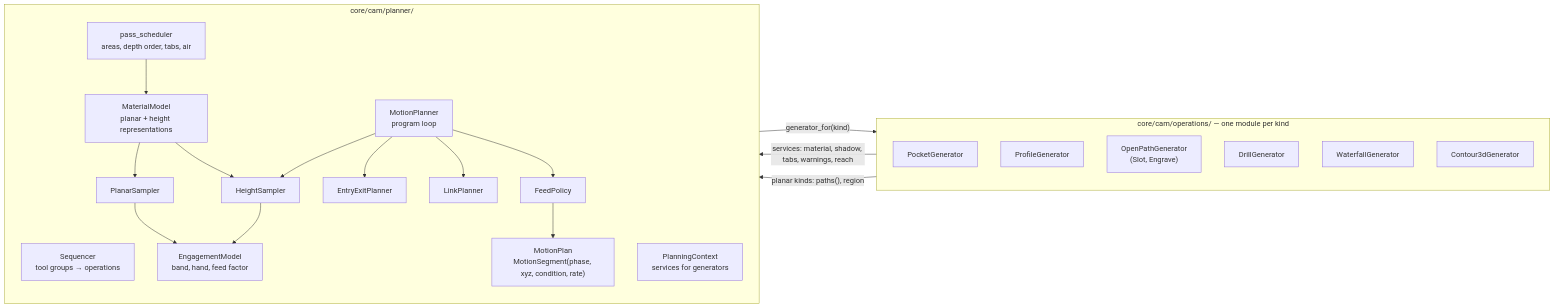
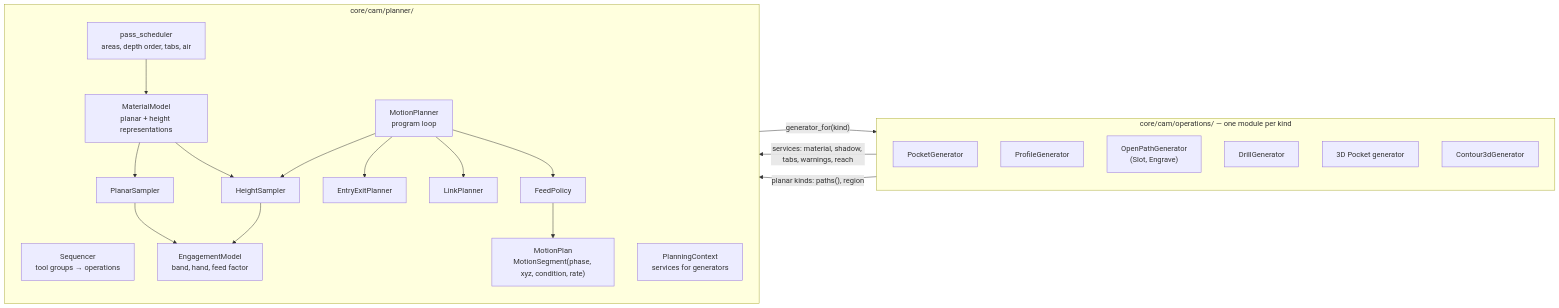
Before and after one commit to Switchleg1/GCodeProducer: the second of 2 diagrams in docs/cam/architecture.md, drawn with Mermaid. The commit also changed other lines of this file and 58 other files, not shown here.

````diff
--- a/docs/cam/architecture.md
+++ b/docs/cam/architecture.md
@@ -45,38 +45,38 @@
 ```mermaid
 flowchart LR
     subgraph OPS["core/cam/operations/ — one module per kind"]
         direction TB
         PK["PocketGenerator"]
         PF["ProfileGenerator"]
         OP["OpenPathGenerator<br/>(Slot, Engrave)"]
         DR["DrillGenerator"]
-        WF["WaterfallGenerator"]
+        WF["3D Pocket generator"]
         CT["Contour3dGenerator"]
     end
     subgraph PLANNER["core/cam/planner/"]
         direction TB
         SEQ["Sequencer<br/>tool groups → operations"]
         CTX["PlanningContext<br/>services for generators"]
         SCH["pass_scheduler<br/>areas, depth order, tabs, air"]
         MAT["MaterialModel<br/>planar + height representations"]
         PS["PlanarSampler"]
         HS["HeightSampler"]
         ENG["EngagementModel<br/>band, hand, feed factor"]
         MPL["MotionPlanner<br/>program loop"]
         EEP["EntryExitPlanner"]
         LNK["LinkPlanner"]
         POL["FeedPolicy"]
         PLAN["MotionPlan<br/>MotionSegment(phase, xyz, condition, rate)"]
     end
     SEQ -->|"generator_for(kind)"| OPS
     OPS -->|"services: material, shadow, tabs, warnings, reach"| CTX
     OPS -->|"planar kinds: paths(), region"| SCH
     SCH --> MAT
     MAT --> PS --> ENG
     MAT --> HS --> ENG
     MPL --> EEP
     MPL --> LNK
     MPL --> HS
     MPL --> POL
     POL --> PLAN
 ```
````
